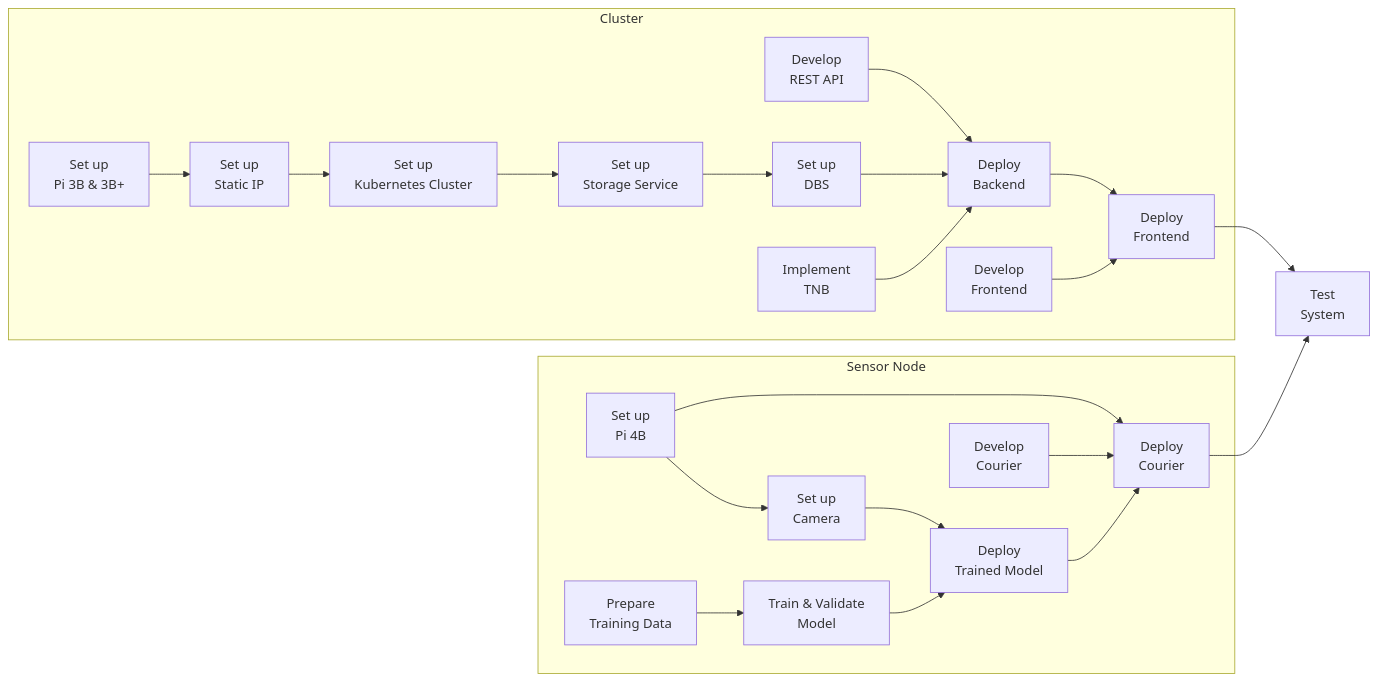
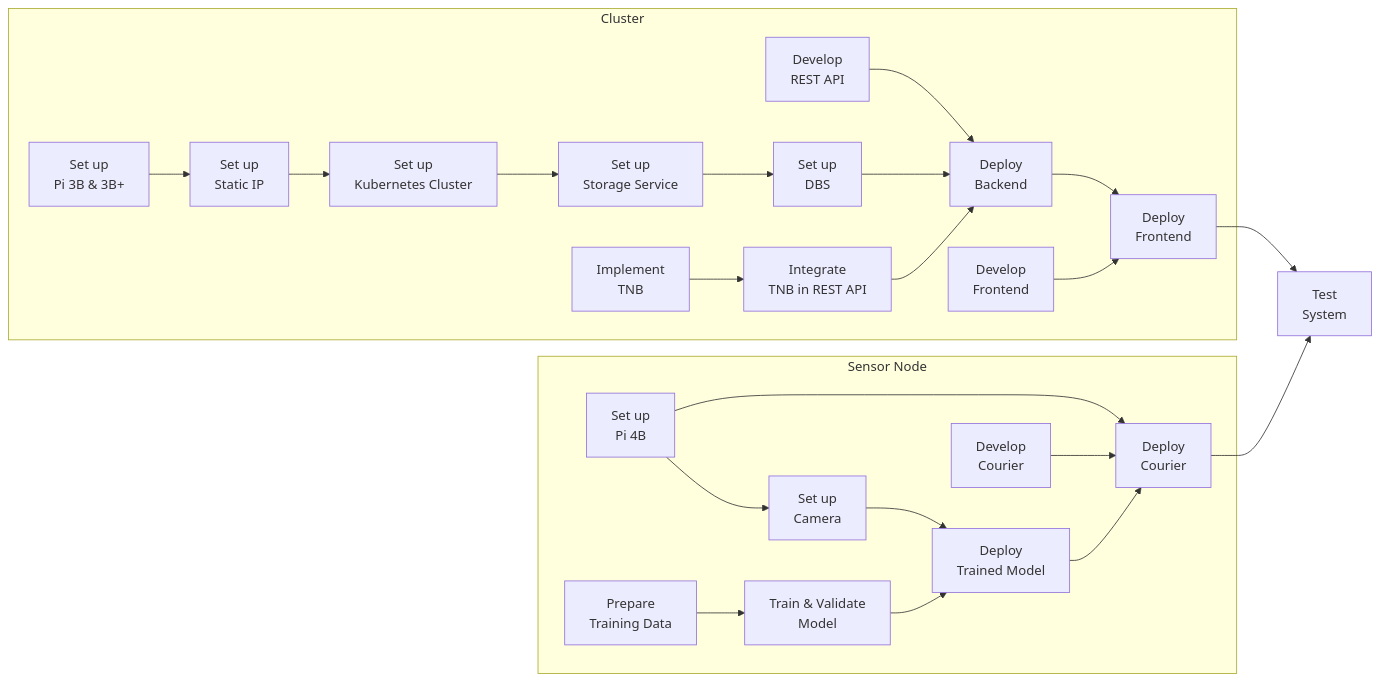
The fourth of 4 diagrams in docs/Group_2_SS23_ProjectReport.md (ccfrauasgr2/pet-detection), drawn with Mermaid before and after one commit. The commit also changed other lines of this file, not shown here.

````diff
--- a/docs/Group_2_SS23_ProjectReport.md
+++ b/docs/Group_2_SS23_ProjectReport.md
@@ -246,48 +246,50 @@
 ```mermaid
 flowchart LR
     
     subgraph Sensor Node
     id11[Set up\nPi 4B]
     id12[Set up\nCamera]
     id13[Prepare\nTraining Data]
     id14[Train & Validate\nModel]
     id15[Deploy\nTrained Model]
     id16[Develop\nCourier]
     id17[Deploy\nCourier]
     
     id11 --> id12 --> id15
     id13 --> id14 --> id15
     id15 & id16 & id11 --> id17
     
     end
         
     subgraph Cluster
     id21[Set up\nPi 3B & 3B+]
     id22[Set up\nStatic IP]
     id23[Set up\nKubernetes Cluster]
     id24[Set up\nStorage Service]
     id25[Develop\nREST API]
     id26[Deploy\nBackend]
     id27[Set up\nDBS]
     
 
     id21 --> id22 --> id23 --> id24 --> id27
-    id25 & id27 & id33 --> id26
+    id33 --> id34
+    id25 & id27 & id34 --> id26
         
     id31[Develop\nFrontend]
     id32[Deploy\nFrontend]
     id33[Implement\nTNB]
+    id34[Integrate\nTNB in REST API]
 
     id26 & id31 --> id32
     end
 
     
     id51[Test\nSystem]
 
     id32 & id17 --> id51
     
     
 
    
 
 ```
````
